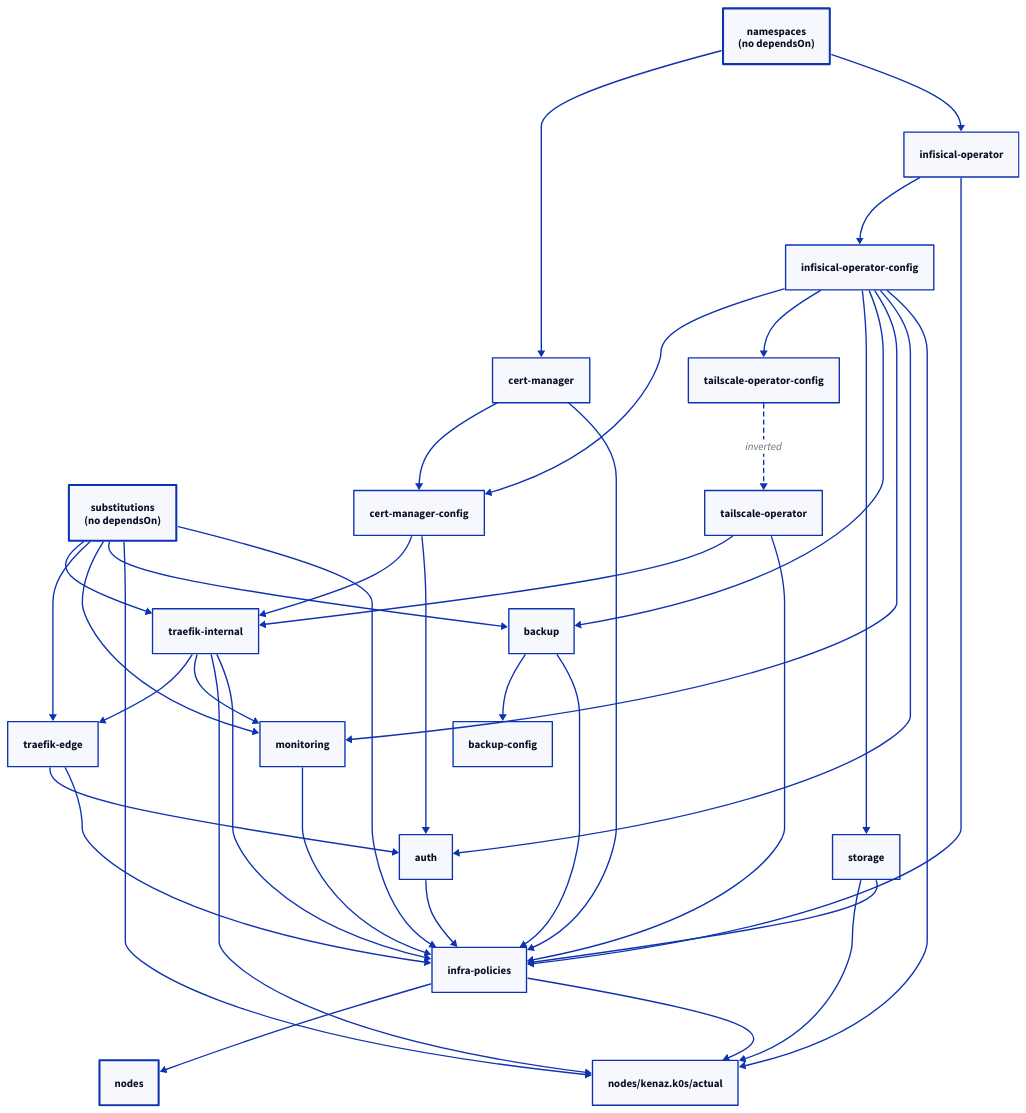
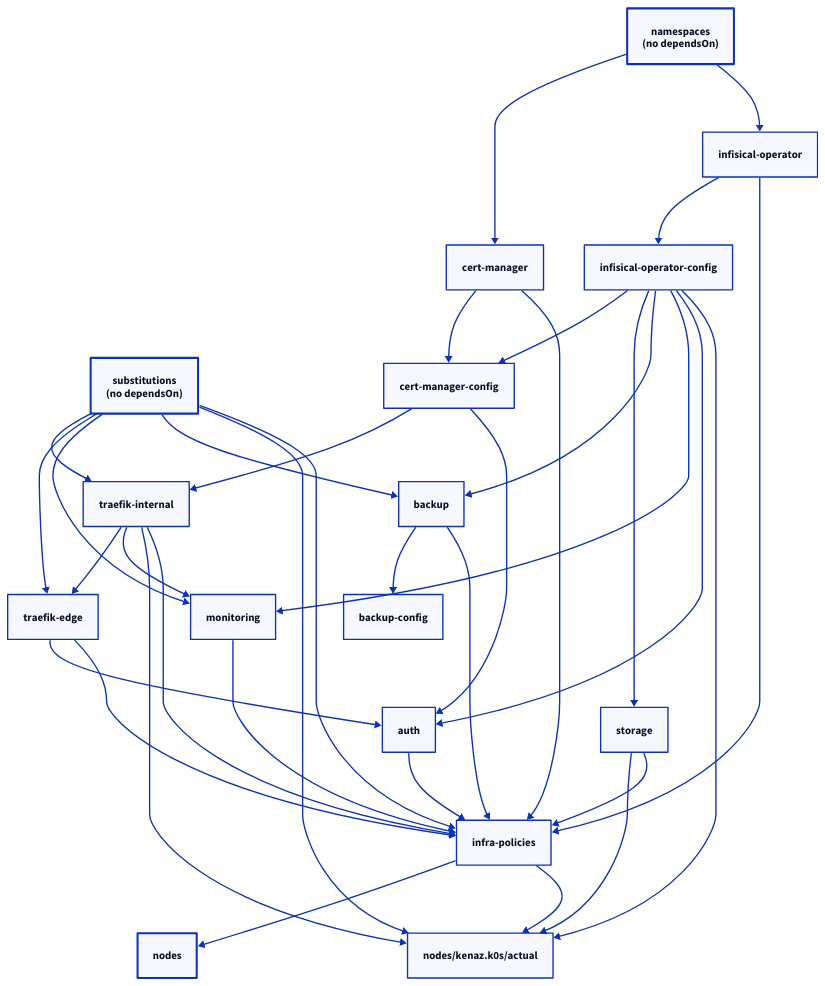
One commit to brewcoua/futhark changed the diagram in docs/src/conventions/ordering.md. Above: the diagram before and after it, drawn with D2. The commit also changed other lines of this file and 83 other files, not shown here.

````diff
--- a/docs/src/conventions/ordering.md
+++ b/docs/src/conventions/ordering.md
@@ -12,61 +12,56 @@
 ```d2
 direction: down
 
 namespaces: namespaces\n(no dependsOn) { style.stroke-width: 3 }
 substitutions: substitutions\n(no dependsOn) { style.stroke-width: 3 }
 
 infisical-operator-config: infisical-operator-config
 cert-manager-config: cert-manager-config
-tailscale-operator-config: tailscale-operator-config
 backup-config: backup-config
 
 nodes: nodes { style.stroke-width: 3 }
 actual: nodes/kenaz.k0s/actual
 
 namespaces -> cert-manager
 namespaces -> infisical-operator
 
 infisical-operator -> infisical-operator-config
 cert-manager -> cert-manager-config
 
 infisical-operator-config -> cert-manager-config
-infisical-operator-config -> tailscale-operator-config
 infisical-operator-config -> storage
 infisical-operator-config -> backup
 infisical-operator-config -> monitoring
 infisical-operator-config -> auth
 infisical-operator-config -> actual
 
-tailscale-operator-config -> tailscale-operator: inverted { style.stroke-dash: 3 }
-tailscale-operator -> traefik-internal
 cert-manager-config -> traefik-internal
 cert-manager-config -> auth
 
 traefik-internal -> traefik-edge
 traefik-internal -> monitoring
 traefik-internal -> actual
 traefik-edge -> auth
 
 storage -> actual
 backup -> backup-config
 
 substitutions -> traefik-internal
 substitutions -> traefik-edge
 substitutions -> monitoring
 substitutions -> backup
 substitutions -> actual
 substitutions -> infra-policies
 
 cert-manager -> infra-policies
 infisical-operator -> infra-policies
-tailscale-operator -> infra-policies
 traefik-internal -> infra-policies
 traefik-edge -> infra-policies
 storage -> infra-policies
 backup -> infra-policies
 monitoring -> infra-policies
 auth -> infra-policies
 
 infra-policies -> nodes
 infra-policies -> actual
 ```
````
